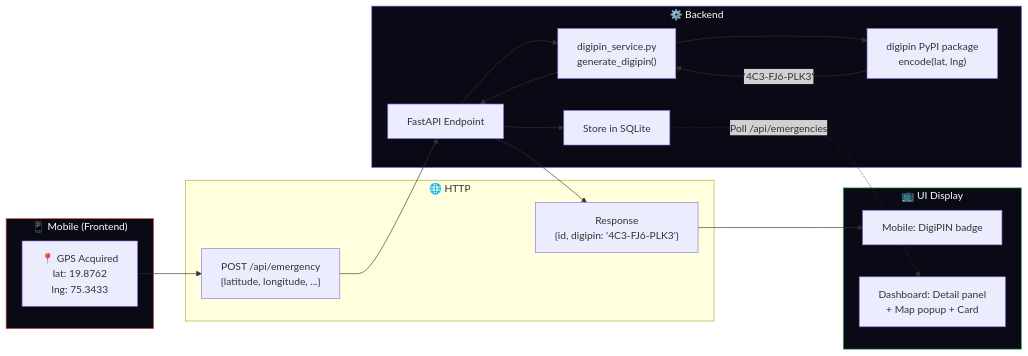
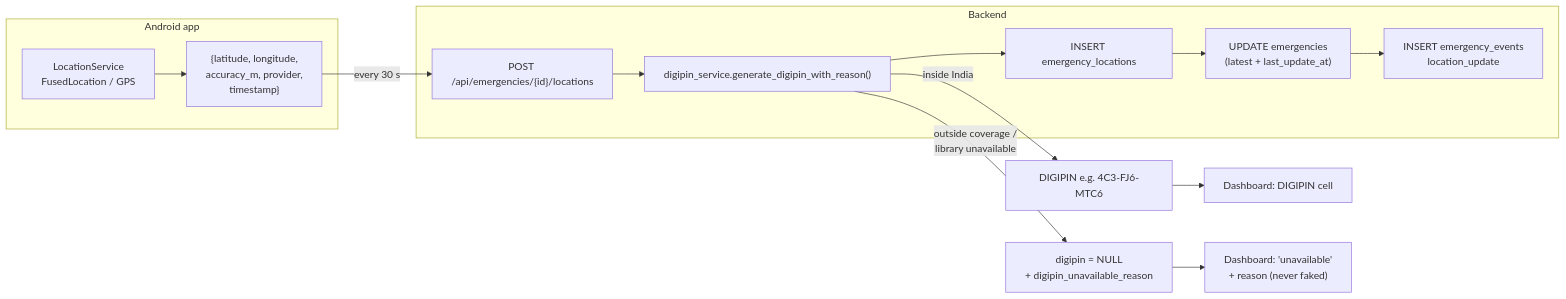
The seventh of 18 diagrams in DIAGRAMS.md (Ved2151H/zeroUi), drawn with Mermaid before and after one commit. The commit also changed other lines of this file and 111 other files, not shown here.

First line of the commit message:
Add Zero UI: FastAPI backend, ops console, Flutter app and release APK

````diff
--- a/DIAGRAMS.md
+++ b/DIAGRAMS.md
@@ -167,38 +301,24 @@
 ```mermaid
 flowchart LR
-    subgraph MOBILE["📱 Mobile (Frontend)"]
-        GPS_ACQ["📍 GPS Acquired<br>lat: 19.8762<br>lng: 75.3433"]
+    subgraph DEVICE["Android app"]
+        POS["LocationService<br>FusedLocation / GPS"]
+        PAY["{latitude, longitude,<br>accuracy_m, provider,<br>timestamp}"]
+        POS --> PAY
     end
 
-    subgraph NETWORK["🌐 HTTP"]
-        POST_REQ["POST /api/emergency<br>{latitude, longitude, ...}"]
-        RESPONSE["Response<br>{id, digipin: '4C3-FJ6-PLK3'}"]
+    subgraph SRV["Backend"]
+        EP["POST /api/emergencies/{id}/locations"]
+        GEN["digipin_service.generate_digipin_with_reason()"]
+        INS["INSERT emergency_locations"]
+        UPD["UPDATE emergencies<br>(latest + last_update_at)"]
+        EVT["INSERT emergency_events<br>location_update"]
+        EP --> GEN --> INS --> UPD --> EVT
     end
 
-    subgraph BACKEND["⚙️ Backend"]
-        ENDPOINT["FastAPI Endpoint"]
-        SERVICE["digipin_service.py<br>generate_digipin()"]
-        PYPI_LIB["digipin PyPI package<br>encode(lat, lng)"]
-        DB_STORE["Store in SQLite"]
-    end
+    PAY -->|"every 30 s"| EP
+    GEN -->|inside India| OK["DIGIPIN e.g. 4C3-FJ6-MTC6"]
+    GEN -->|"outside coverage /<br>library unavailable"| NONE["digipin = NULL<br>+ digipin_unavailable_reason"]
 
-    subgraph DISPLAY["📺 UI Display"]
-        MOBILE_UI["Mobile: DigiPIN badge"]
-        DASH_UI["Dashboard: Detail panel<br>+ Map popup + Card"]
-    end
-
-    GPS_ACQ --> POST_REQ
-    POST_REQ --> ENDPOINT
-    ENDPOINT --> SERVICE
-    SERVICE --> PYPI_LIB
-    PYPI_LIB -->|"'4C3-FJ6-PLK3'"| SERVICE
-    SERVICE --> ENDPOINT
-    ENDPOINT --> DB_STORE
-    ENDPOINT --> RESPONSE
-    RESPONSE --> MOBILE_UI
-    DB_STORE -.->|"Poll /api/emergencies"| DASH_UI
-
-    style MOBILE fill:#0a0a16,stroke:#e74c3c,color:#fff
-    style BACKEND fill:#0a0a16,stroke:#6c5ce7,color:#fff
-    style DISPLAY fill:#0a0a16,stroke:#2eb45a,color:#fff
+    OK --> DASH["Dashboard: DIGIPIN cell"]
+    NONE --> DASH2["Dashboard: 'unavailable'<br>+ reason (never faked)"]
 ```
````
